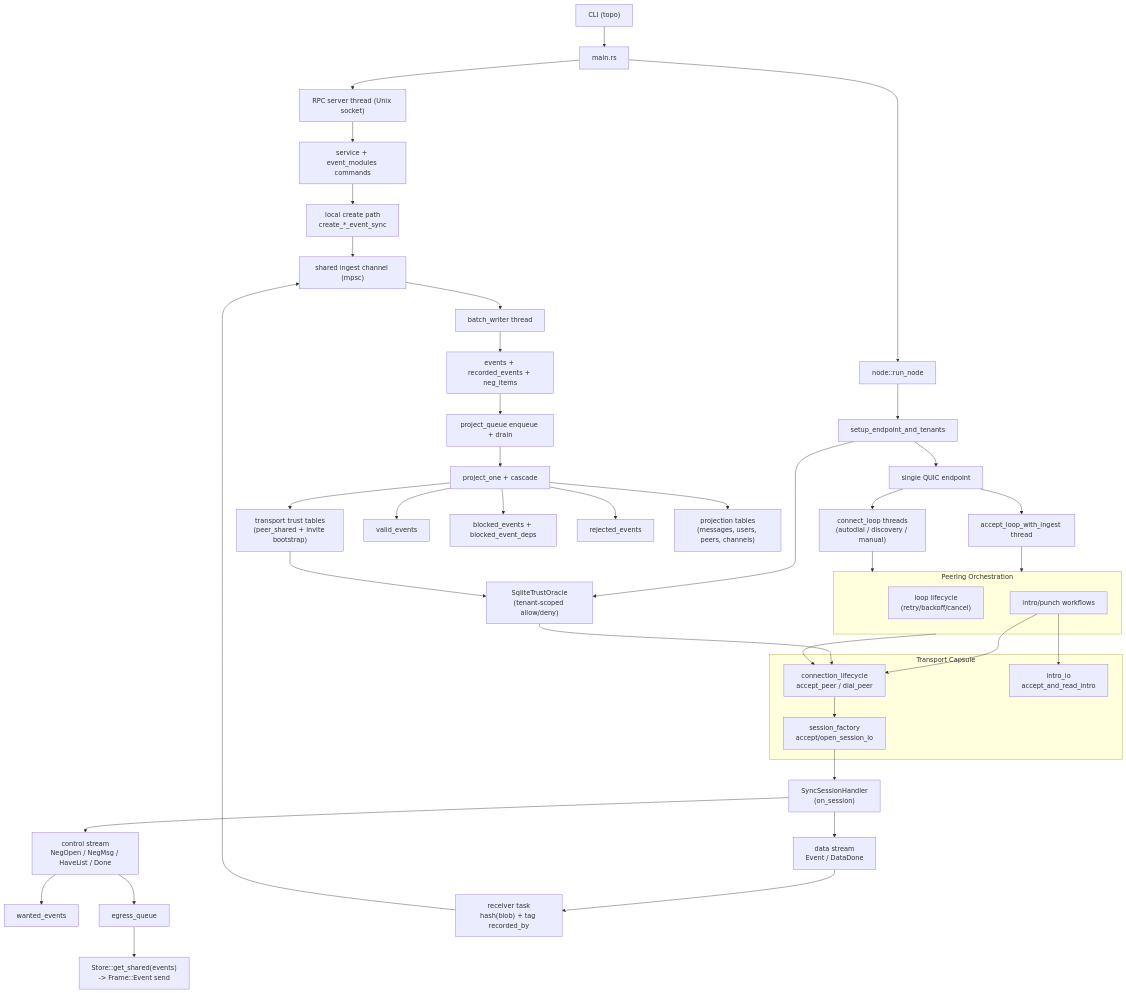
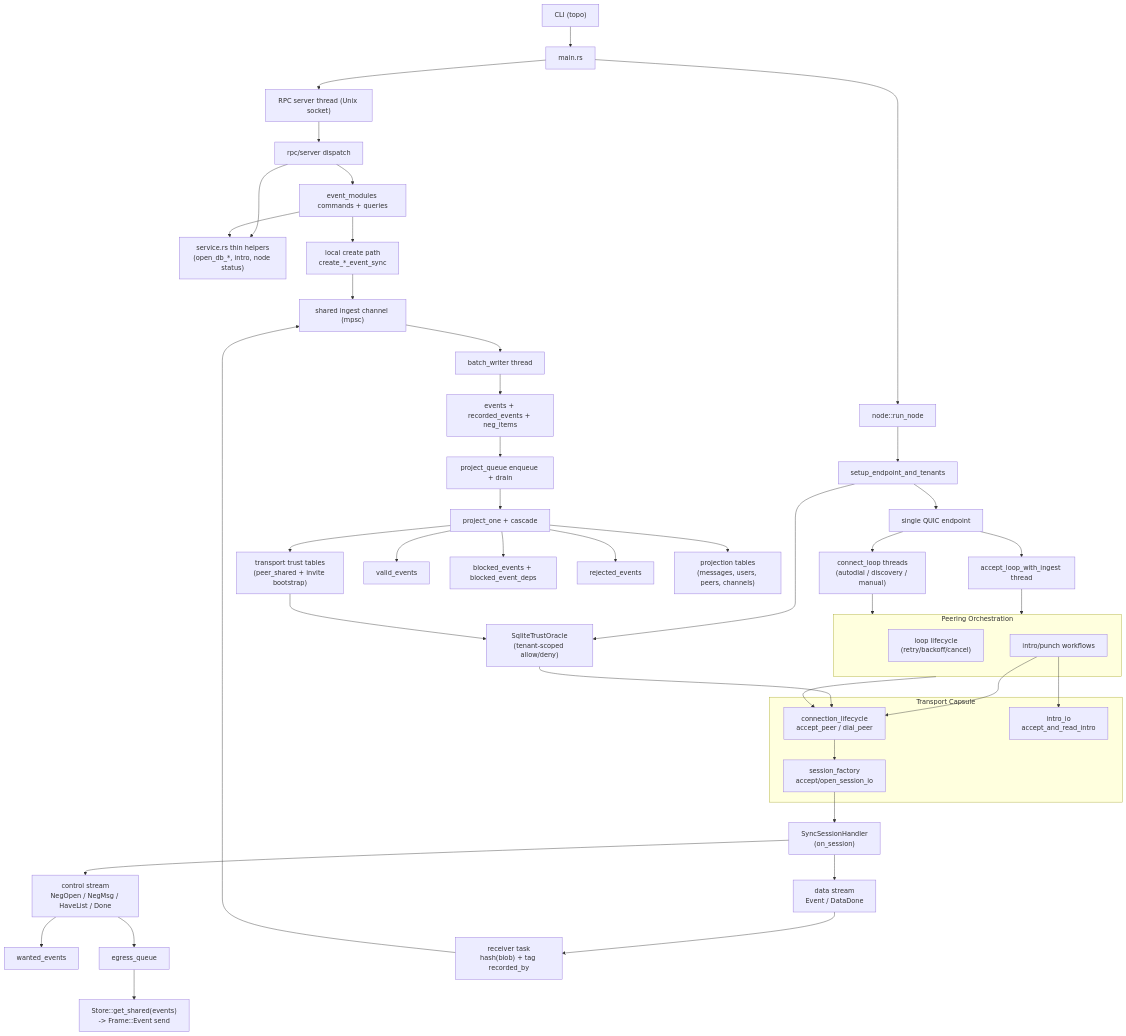
The second of 8 diagrams in docs/CURRENT_RUNTIME_DIAGRAM.md (holmesworcester/topo), drawn with Mermaid before and after one commit. The commit also changed other lines of this file, not shown here.

Commit message:
Update runtime diagram for RPC event-module dispatch ownership

````diff
--- a/docs/CURRENT_RUNTIME_DIAGRAM.md
+++ b/docs/CURRENT_RUNTIME_DIAGRAM.md
@@ -20,61 +39,65 @@
 ```mermaid
 flowchart TD
     CLI["CLI (topo)"] --> MAIN["main.rs"]
     MAIN --> RPC["RPC server thread (Unix socket)"]
     MAIN --> NODE["node::run_node"]
 
-    RPC --> SVC["service + event_modules commands"]
-    SVC --> LOCAL["local create path\ncreate_*_event_sync"]
+    RPC --> DISPATCH["rpc/server dispatch"]
+    DISPATCH --> EMQ["event_modules commands + queries"]
+    DISPATCH --> SVC["service.rs thin helpers\n(open_db_*, intro, node status)"]
+    EMQ --> SVC
+
+    EMQ --> LOCAL["local create path\ncreate_*_event_sync"]
     LOCAL --> INGEST["shared ingest channel (mpsc)"]
 
     NODE --> START["setup_endpoint_and_tenants"]
     START --> EP["single QUIC endpoint"]
     START --> TRUST["SqliteTrustOracle\n(tenant-scoped allow/deny)"]
 
     INGEST --> WRITER["batch_writer thread"]
     WRITER --> STORE["events + recorded_events + neg_items"]
     STORE --> PROJ_Q["project_queue enqueue + drain"]
     PROJ_Q --> PROJ["project_one + cascade"]
 
     EP --> ACCEPT["accept_loop_with_ingest thread"]
     EP --> CONNECT["connect_loop threads\n(autodial / discovery / manual)"]
 
     ACCEPT --> ORCH
     CONNECT --> ORCH
 
     subgraph ORCH["Peering Orchestration"]
       CYCLE["loop lifecycle\n(retry/backoff/cancel)"]
       INTRO["intro/punch workflows"]
     end
 
     subgraph TRANS["Transport Capsule"]
       LIFE["connection_lifecycle\naccept_peer / dial_peer"]
       FACT["session_factory\naccept/open_session_io"]
       IIO["intro_io\naccept_and_read_intro"]
     end
 
     ORCH --> LIFE
     INTRO --> LIFE
     LIFE --> FACT
     INTRO --> IIO
 
     FACT --> SYNC["SyncSessionHandler\n(on_session)"]
     SYNC --> CTRL["control stream\nNegOpen / NegMsg / HaveList / Done"]
     SYNC --> DATA["data stream\nEvent / DataDone"]
 
     CTRL --> WANT["wanted_events"]
     CTRL --> EGRESS["egress_queue"]
     EGRESS --> SEND["Store::get_shared(events)\n-> Frame::Event send"]
 
     DATA --> RECV["receiver task\nhash(blob) + tag recorded_by"]
     RECV --> INGEST
 
     PROJ --> VALID["valid_events"]
     PROJ --> BLOCKED["blocked_events + blocked_event_deps"]
     PROJ --> REJECTED["rejected_events"]
     PROJ --> READS["projection tables\n(messages, users, peers, channels)"]
     PROJ --> TRUST_DB["transport trust tables\n(peer_shared + invite bootstrap)"]
 
     TRUST_DB --> TRUST
     TRUST --> LIFE
 ```
````
